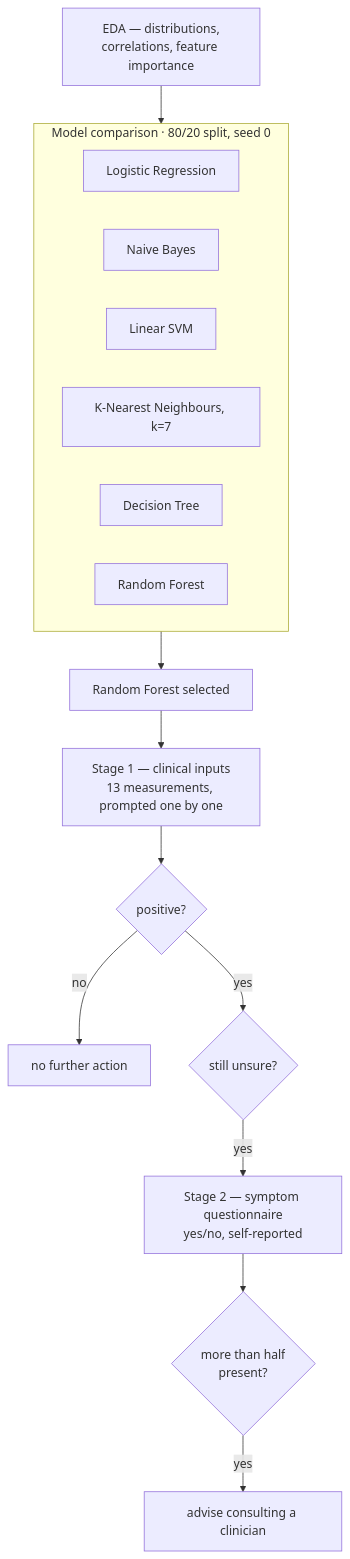
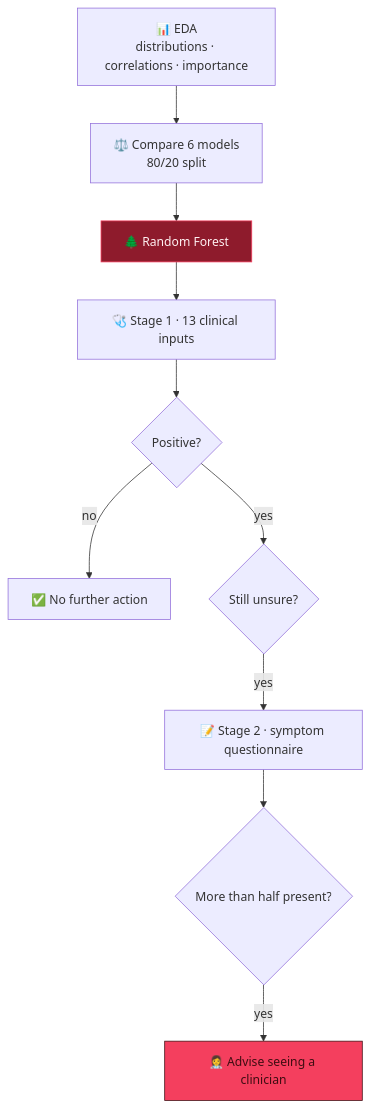
Before and after one commit to Vishal-AS-0407/portfolio: the diagram in gh-readmes/Heart-Disease-Prediction-and-Symptom-Analysis/README.md, drawn with Mermaid. The commit also changed other lines of this file and 62 other files, not shown here.

````diff
--- a/gh-readmes/Heart-Disease-Prediction-and-Symptom-Analysis/README.md
+++ b/gh-readmes/Heart-Disease-Prediction-and-Symptom-Analysis/README.md
@@ -33,20 +28,14 @@
 ```mermaid
-flowchart TB
-    EDA["EDA — distributions,<br/>correlations, feature importance"] --> CMP
-    subgraph CMP["Model comparison · 80/20 split, seed 0"]
-        M1["Logistic Regression"]
-        M2["Naive Bayes"]
-        M3["Linear SVM"]
-        M4["K-Nearest Neighbours, k=7"]
-        M5["Decision Tree"]
-        M6["Random Forest"]
-    end
-    CMP --> BEST["Random Forest selected"]
-    BEST --> S1["Stage 1 — clinical inputs<br/>13 measurements, prompted one by one"]
-    S1 --> P{"positive?"}
-    P -->|no| END["no further action"]
-    P -->|yes| ASK{"still unsure?"}
-    ASK -->|yes| S2["Stage 2 — symptom questionnaire<br/>yes/no, self-reported"]
-    S2 --> MAJ{"more than half<br/>present?"}
-    MAJ -->|yes| REF["advise consulting a clinician"]
+flowchart TD
+    EDA["📊 EDA<br/>distributions · correlations · importance"] --> CMP["⚖️ Compare 6 models<br/>80/20 split"]
+    CMP --> BEST["🌲 Random Forest"]
+    BEST --> S1["🩺 Stage 1 · 13 clinical inputs"]
+    S1 --> P{"Positive?"}
+    P -->|no| END["✅ No further action"]
+    P -->|yes| ASK{"Still unsure?"}
+    ASK -->|yes| S2["📝 Stage 2 · symptom questionnaire"]
+    S2 --> MAJ{"More than half present?"}
+    MAJ -->|yes| REF["👩‍⚕️ Advise seeing a clinician"]
+    style BEST fill:#8E1B2C,stroke:#F43F5E,color:#FFF1F2
+    style REF fill:#F43F5E,stroke:#3F0D12,color:#3F0D12
 ```
````
